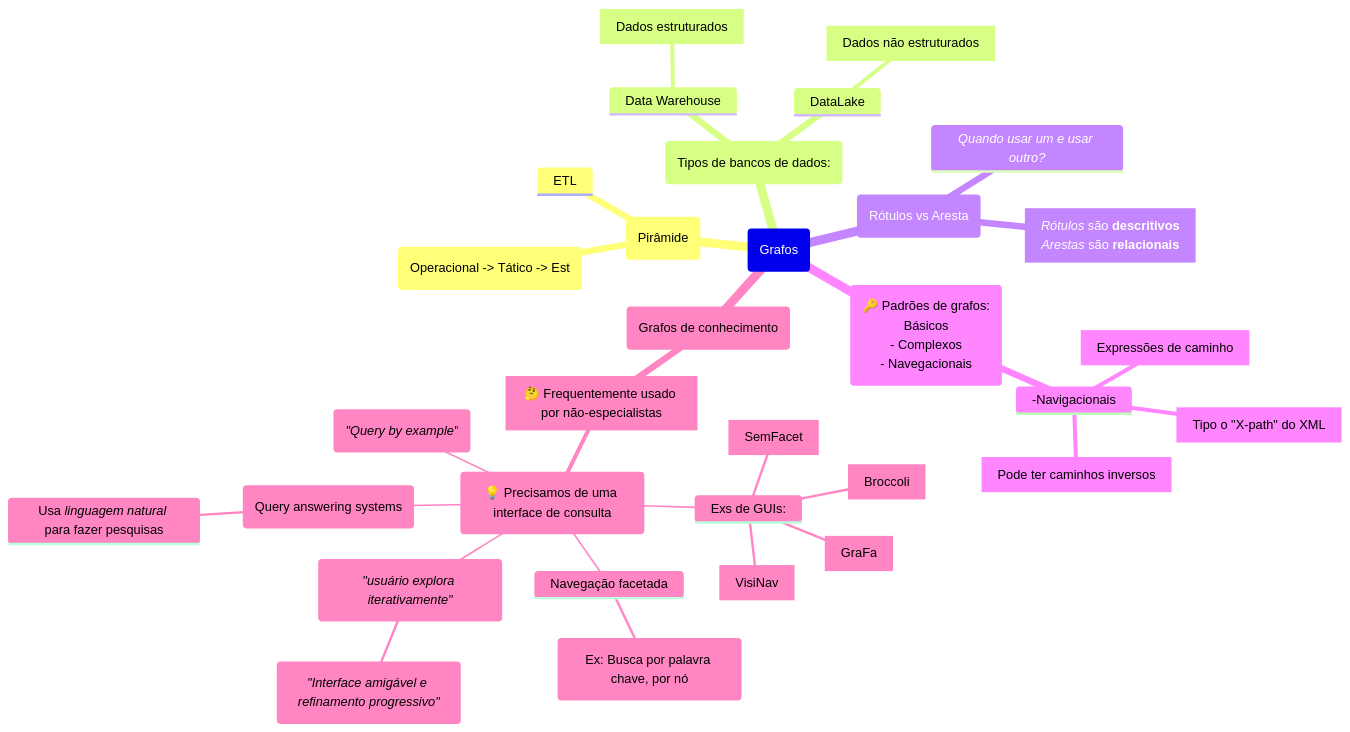
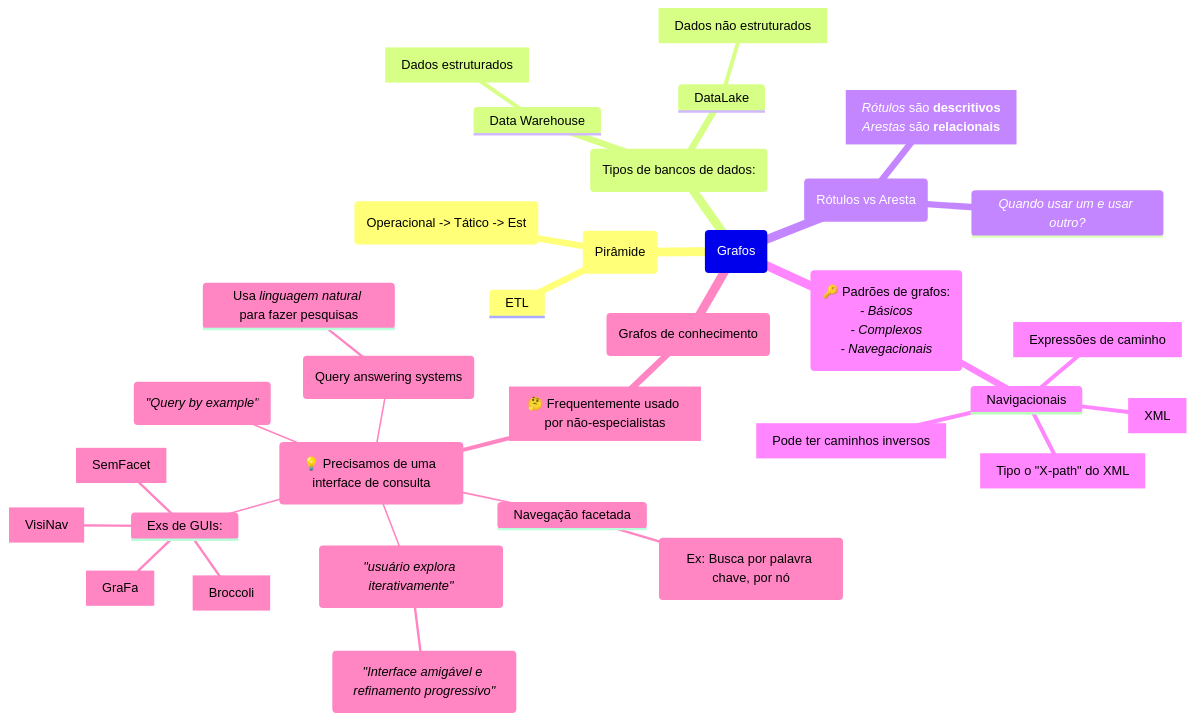
Before and after one commit to Igorino/joplin-notes: the diagram in Mestrado/Segundo Semestre/SIN5033 - Grafos de conhecimento e Ontologias/Anotações/De Aulas/Aula do dia 2026 04 08.md, drawn with Mermaid.

Commit message:
Exported on 2026-04-08_16-17-51

````diff
--- a/Mestrado/Segundo Semestre/SIN5033 - Grafos de conhecimento e Ontologias/Anotações/De Aulas/Aula do dia 2026 04 08.md
+++ b/Mestrado/Segundo Semestre/SIN5033 - Grafos de conhecimento e Ontologias/Anotações/De Aulas/Aula do dia 2026 04 08.md
@@ -1,46 +1,47 @@
 ```mermaid
 mindmap
 	Root(Grafos)
 		(Pirâmide)
 			("Operacional -> Tático -> Est")
 			ETL
 
 		(Tipos de bancos de dados:)		
 			DataLake
 				[Dados não estruturados]
 			Data Warehouse
 				[Dados estruturados]
 
 		(Rótulos vs Aresta)
 			*Quando usar um e usar outro?*
 			[*Rótulos* são **descritivos**
 			*Arestas* são **relacionais**]
 
 		(🔑 Padrões de grafos:
-		 Básicos
-		- Complexos
-		- Navegacionais)
+		*- Básicos*
+		*- Complexos*
+		*- Navegacionais*)
 			
-			-Navigacionais
+			Navigacionais
+				[XML]
 				[Tipo o "X-path" do XML]
 				["Expressões de caminho"]
 				[Pode ter caminhos inversos]
 
 		(Grafos de conhecimento)
 			[🤔 Frequentemente usado por não-especialistas]
 				(💡 Precisamos de uma interface de consulta)
 					Navegação facetada
 						(Ex: Busca por palavra chave, por nó)
 					(*"usuário explora iterativamente"*) 
 						(*"Interface amigável e refinamento progressivo"*)
 					(*"Query by example"*)
 					Exs de GUIs:
 						[Broccoli]
 						[VisiNav]
 						[SemFacet]
 						[GraFa]
 					(Query answering systems)
 						Usa *linguagem natural* para fazer pesquisas
 
 			
 ```
````
